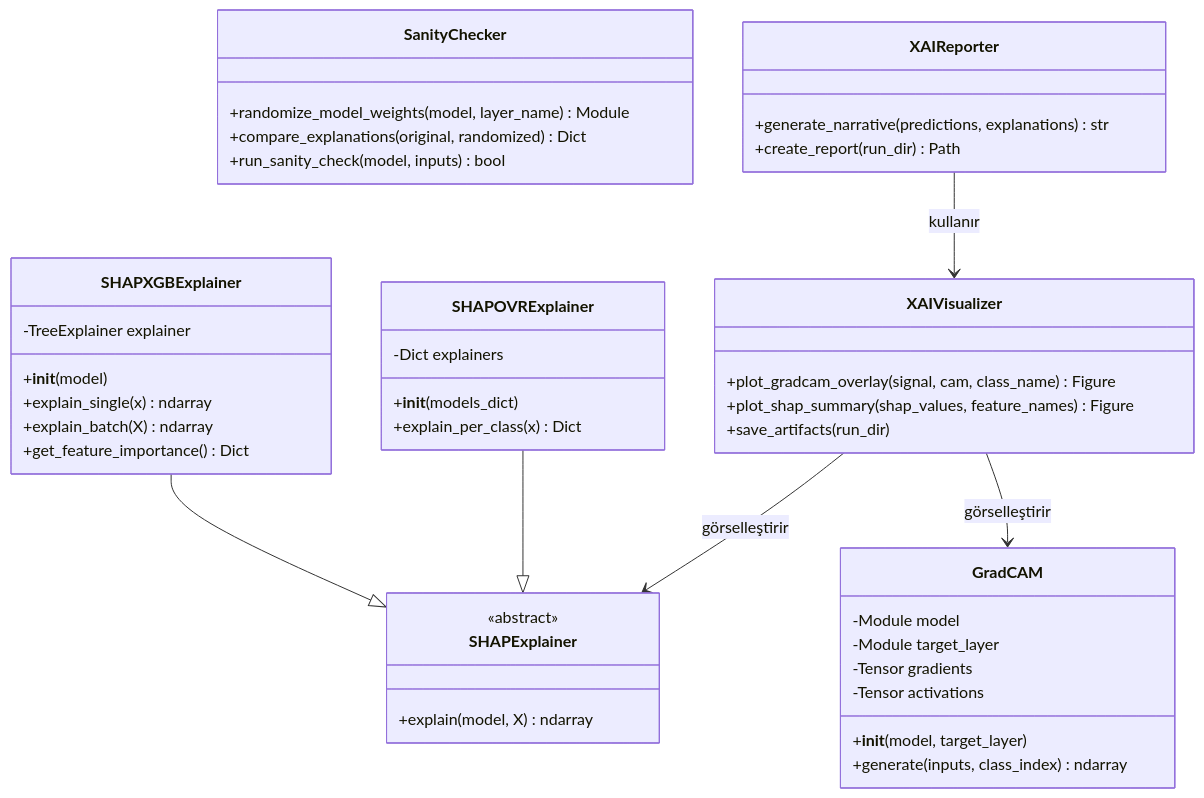
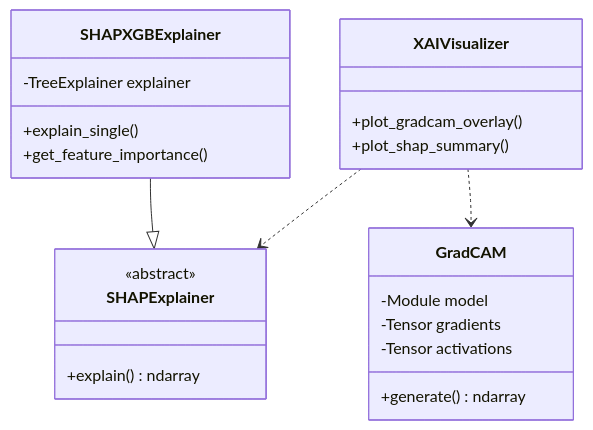
One commit to mUsaulug/CardioGuard-AI changed the fourth of 8 diagrams in docs/diagrams/03_class_diagram.md. Above: the diagram before and after it, drawn with Mermaid. The commit also changed other lines of this file and 3 other files, not shown here.

````diff
--- a/docs/diagrams/03_class_diagram.md
+++ b/docs/diagrams/03_class_diagram.md
@@ -351,55 +150,31 @@
 ```mermaid
 classDiagram
     direction TB
     
     class GradCAM {
         -Module model
-        -Module target_layer
         -Tensor gradients
         -Tensor activations
-        +__init__(model, target_layer)
-        +generate(inputs, class_index) ndarray
+        +generate() ndarray
     }
     
     class SHAPExplainer {
         <<abstract>>
-        +explain(model, X) ndarray
+        +explain() ndarray
     }
     
     class SHAPXGBExplainer {
         -TreeExplainer explainer
-        +__init__(model)
-        +explain_single(x) ndarray
-        +explain_batch(X) ndarray
-        +get_feature_importance() Dict
-    }
-    
-    class SHAPOVRExplainer {
-        -Dict explainers
-        +__init__(models_dict)
-        +explain_per_class(x) Dict
-    }
-    
-    class SanityChecker {
-        +randomize_model_weights(model, layer_name) Module
-        +compare_explanations(original, randomized) Dict
-        +run_sanity_check(model, inputs) bool
+        +explain_single()
+        +get_feature_importance()
     }
     
     class XAIVisualizer {
-        +plot_gradcam_overlay(signal, cam, class_name) Figure
-        +plot_shap_summary(shap_values, feature_names) Figure
-        +save_artifacts(run_dir)
-    }
-    
-    class XAIReporter {
-        +generate_narrative(predictions, explanations) str
-        +create_report(run_dir) Path
+        +plot_gradcam_overlay()
+        +plot_shap_summary()
     }
     
     SHAPXGBExplainer --|> SHAPExplainer
-    SHAPOVRExplainer --|> SHAPExplainer
-    XAIVisualizer --> GradCAM : görselleştirir
-    XAIVisualizer --> SHAPExplainer : görselleştirir
-    XAIReporter --> XAIVisualizer : kullanır
+    XAIVisualizer ..> GradCAM
+    XAIVisualizer ..> SHAPExplainer
 ```
````
